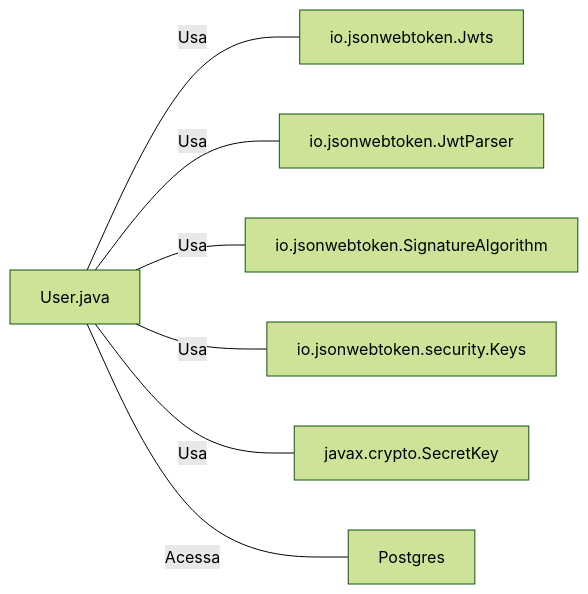
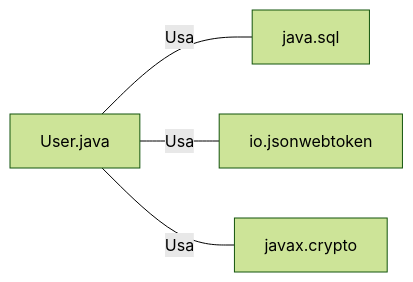
Before and after one commit to gftaimpact/demo-java-citi: the second of 2 diagrams in wiki/src/test/java/com/scalesec/vulnado/User.java.md, drawn with Mermaid (forest theme). The commit also changed other lines of this file and 1 other file, not shown here.

````diff
--- a/wiki/src/test/java/com/scalesec/vulnado/User.java.md
+++ b/wiki/src/test/java/com/scalesec/vulnado/User.java.md
@@ -26,9 +32,6 @@
 ```mermaid
 graph LR
-    User.java --- |"Usa"| io.jsonwebtoken.Jwts
-    User.java --- |"Usa"| io.jsonwebtoken.JwtParser
-    User.java --- |"Usa"| io.jsonwebtoken.SignatureAlgorithm
-    User.java --- |"Usa"| io.jsonwebtoken.security.Keys
-    User.java --- |"Usa"| javax.crypto.SecretKey
-    User.java --- |"Acessa"| Postgres
+    User.java --- |"Usa"| java.sql
+    User.java --- |"Usa"| io.jsonwebtoken
+    User.java --- |"Usa"| javax.crypto
 ```
````
